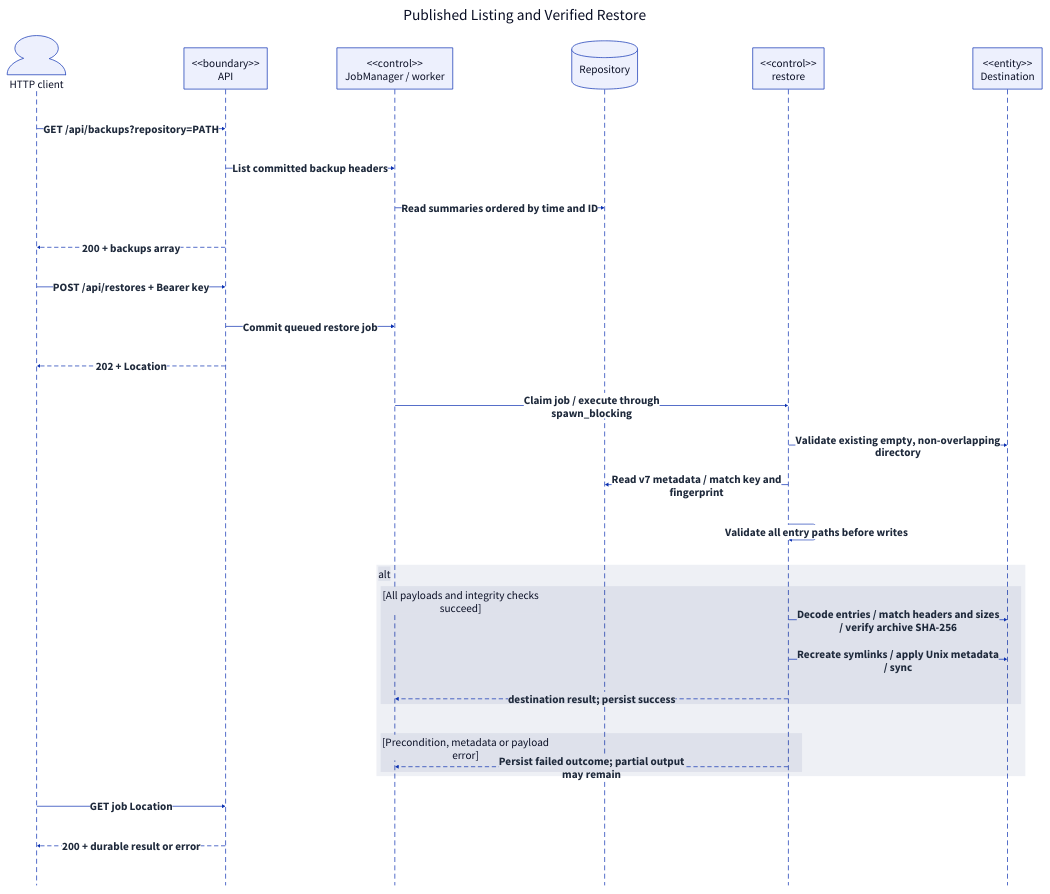
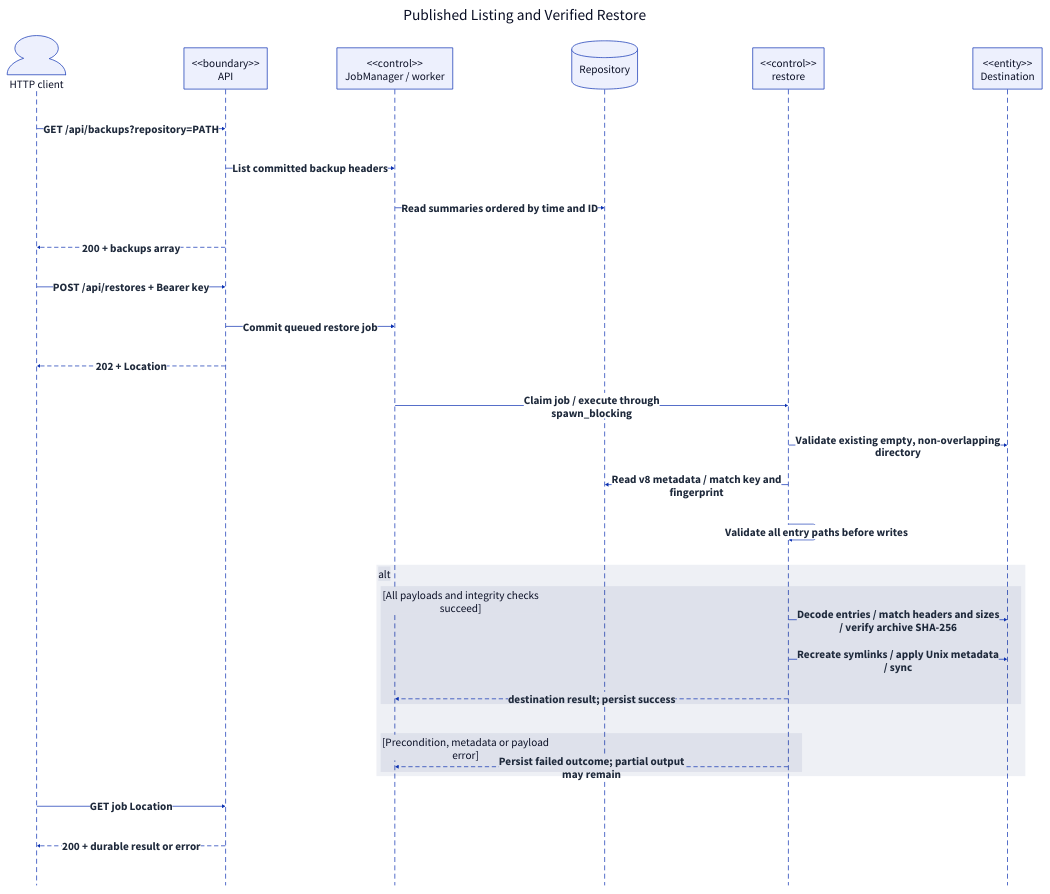
Before and after one commit to qi7876/software-development-exp: the diagram in docs/report/generated/system-sequence-restore.d2, drawn with D2. The commit also changed 15 other files, not shown here.

```diff
--- a/docs/report/generated/system-sequence-restore.d2
+++ b/docs/report/generated/system-sequence-restore.d2
@@ -1,41 +1,41 @@
 # Generated from docs/report/model.yaml; do not edit directly.
 direction: down
 **.style.font-size: 32
 (** -> **)[*].style: {font-size: 32; bold: true; italic: false; font-color: "#1E293B"}
 (** -- **)[*].style: {font-size: 32; bold: true; italic: false; font-color: "#1E293B"}
 (** <- **)[*].style: {font-size: 32; bold: true; italic: false; font-color: "#1E293B"}
 diagram: "Published Listing and Verified Restore" {
   style.font-size: 44
   style.fill: white
   style.stroke: transparent
   shape: sequence_diagram
   Client: "HTTP client" {shape: person}
   API: "<<boundary>>\nAPI" {shape: rectangle}
   Jobs: "<<control>>\nJobManager / worker" {shape: rectangle}
   Repo: "Repository" {shape: cylinder}
   Restore: "<<control>>\nrestore" {shape: rectangle}
   Dest: "<<entity>>\nDestination" {shape: rectangle}
   Client -> API: "GET /api/backups?repository=PATH"
   API -> Jobs: "List committed backup headers"
   Jobs -> Repo: "Read summaries ordered by time and ID"
   API -> Client: "200 + backups array" {style.stroke-dash: 5}
   Client -> API: "POST /api/restores + Bearer key"
   API -> Jobs: "Commit queued restore job"
   API -> Client: "202 + Location" {style.stroke-dash: 5}
   Jobs -> Restore: "Claim job / execute through\nspawn_blocking"
   Restore -> Dest: "Validate existing empty, non-overlapping\ndirectory"
-  Restore -> Repo: "Read v7 metadata / match key and\nfingerprint"
+  Restore -> Repo: "Read v8 metadata / match key and\nfingerprint"
   Restore -> Restore: "Validate all entry paths before writes"
   fragment_11: alt {
     branch_11: "[All payloads and integrity checks\nsucceed]" {
       Restore -> Dest: "Decode entries / match headers and sizes\n/ verify archive SHA-256"
       Restore -> Dest: "Recreate symlinks / apply Unix metadata\n/ sync"
       Restore -> Jobs: "destination result; persist success" {style.stroke-dash: 5}
     }
     branch_15: "[Precondition, metadata or payload\nerror]" {
       Restore -> Jobs: "Persist failed outcome; partial output\nmay remain" {style.stroke-dash: 5}
     }
   }
   Client -> API: "GET job Location"
   API -> Client: "200 + durable result or error" {style.stroke-dash: 5}
 }
```
